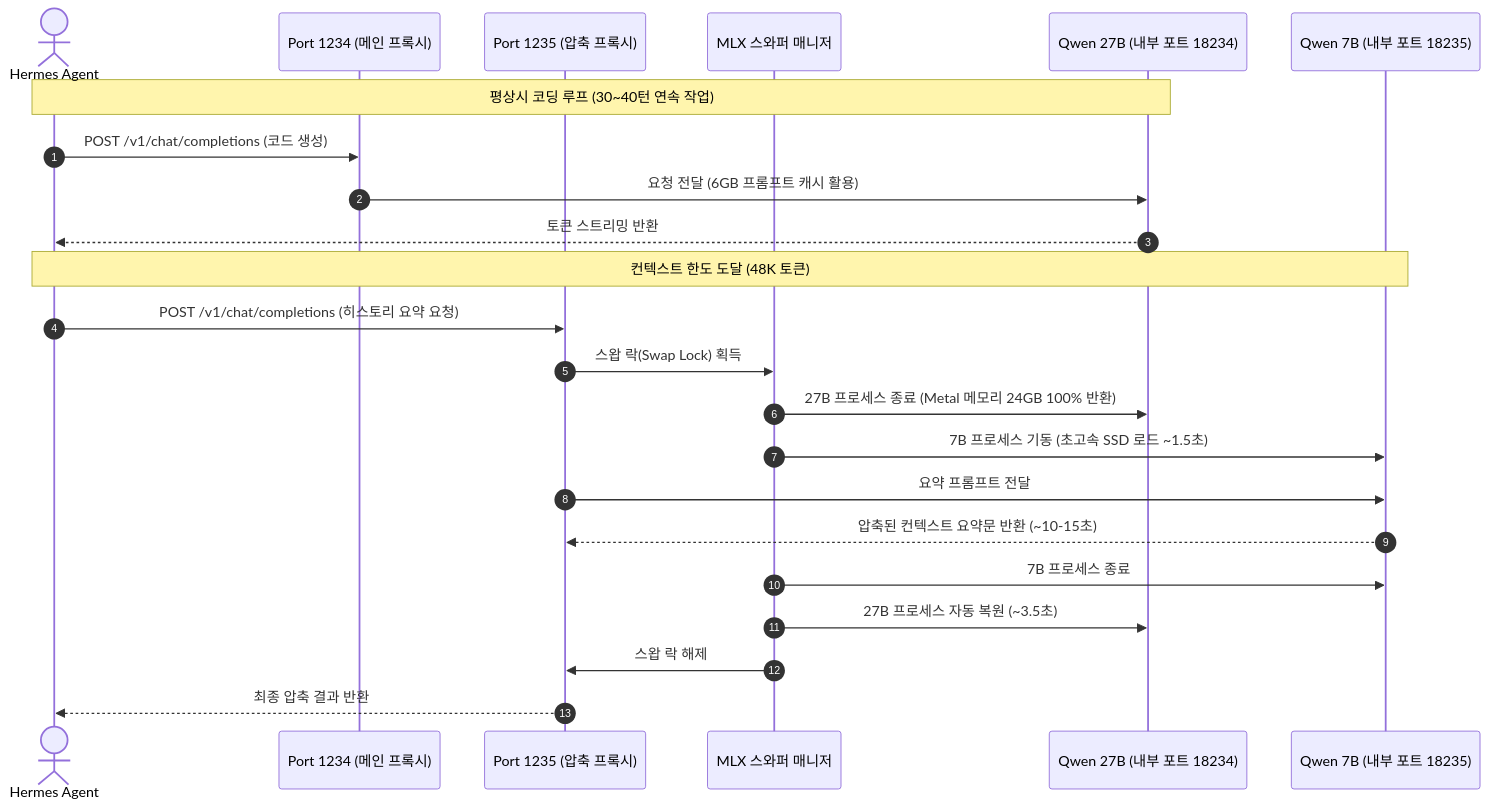
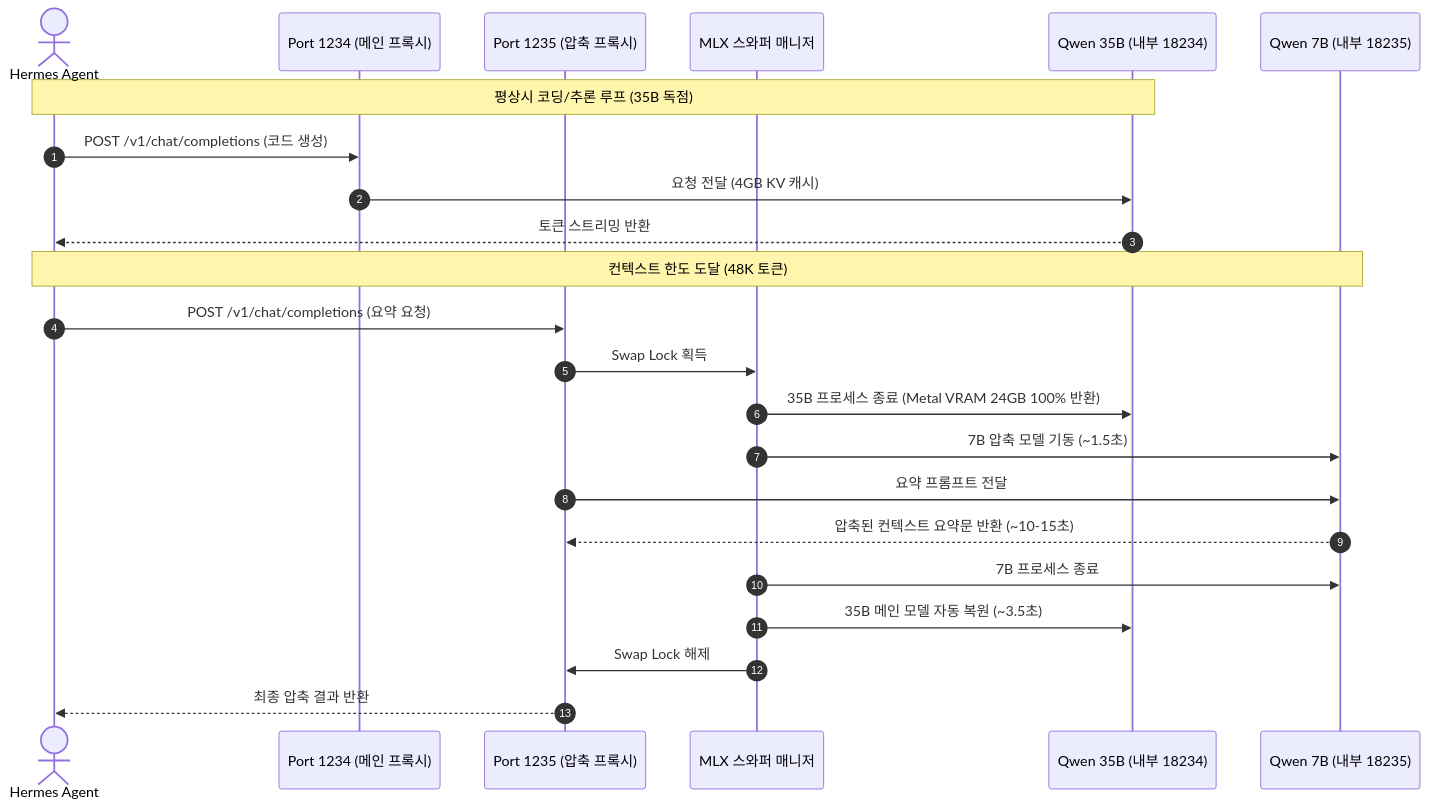
Before and after one commit to deokgoo/mlx-dynamic-swapper: the first of 2 diagrams in README.md, drawn with Mermaid. The commit also changed other lines of this file and 3 other files, not shown here.

````diff
--- a/README.md
+++ b/README.md
@@ -39,27 +37,27 @@
 ```mermaid
 sequenceDiagram
     autonumber
     actor Agent as Hermes Agent
     participant P1234 as Port 1234 (메인 프록시)
     participant P1235 as Port 1235 (압축 프록시)
     participant Swapper as MLX 스와퍼 매니저
-    participant M27B as Qwen 27B (내부 포트 18234)
-    participant M7B as Qwen 7B (내부 포트 18235)
+    participant M35B as Qwen 35B (내부 18234)
+    participant M7B as Qwen 7B (내부 18235)
 
-    Note over Agent,M27B: 평상시 코딩 루프 (30~40턴 연속 작업)
+    Note over Agent,M35B: 평상시 코딩/추론 루프 (35B 독점)
     Agent->>P1234: POST /v1/chat/completions (코드 생성)
-    P1234->>M27B: 요청 전달 (6GB 프롬프트 캐시 활용)
-    M27B-->>Agent: 토큰 스트리밍 반환
+    P1234->>M35B: 요청 전달 (4GB KV 캐시)
+    M35B-->>Agent: 토큰 스트리밍 반환
 
     Note over Agent,M7B: 컨텍스트 한도 도달 (48K 토큰)
-    Agent->>P1235: POST /v1/chat/completions (히스토리 요약 요청)
-    P1235->>Swapper: 스왑 락(Swap Lock) 획득
-    Swapper->>M27B: 27B 프로세스 종료 (Metal 메모리 24GB 100% 반환)
-    Swapper->>M7B: 7B 프로세스 기동 (초고속 SSD 로드 ~1.5초)
+    Agent->>P1235: POST /v1/chat/completions (요약 요청)
+    P1235->>Swapper: Swap Lock 획득
+    Swapper->>M35B: 35B 프로세스 종료 (Metal VRAM 24GB 100% 반환)
+    Swapper->>M7B: 7B 압축 모델 기동 (~1.5초)
     P1235->>M7B: 요약 프롬프트 전달
     M7B-->>P1235: 압축된 컨텍스트 요약문 반환 (~10-15초)
     Swapper->>M7B: 7B 프로세스 종료
-    Swapper->>M27B: 27B 프로세스 자동 복원 (~3.5초)
-    Swapper->>P1235: 스왑 락 해제
+    Swapper->>M35B: 35B 메인 모델 자동 복원 (~3.5초)
+    Swapper->>P1235: Swap Lock 해제
     P1235-->>Agent: 최종 압축 결과 반환
 ```
````
